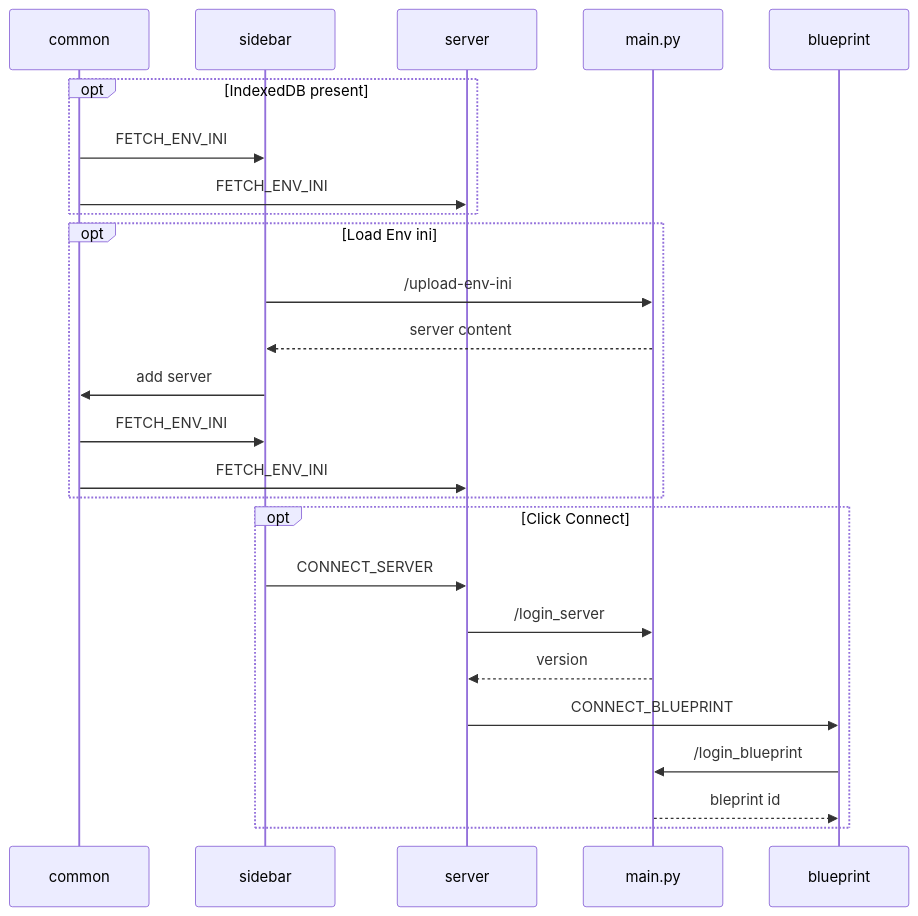
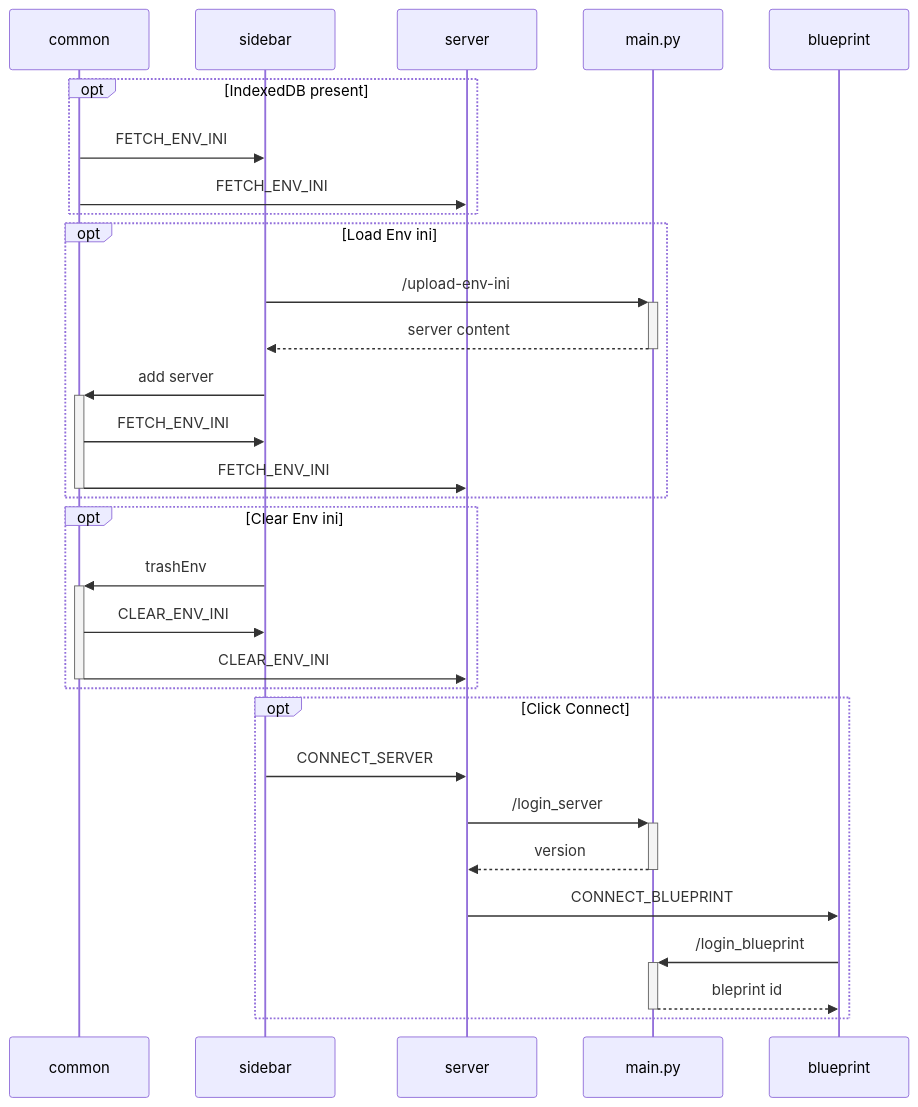
One commit to kimcharli/bp-consolidation-web changed the diagram in README-sequences.md. Above: the diagram before and after it, drawn with Mermaid. The commit also changed 6 other files, not shown here.

````diff
--- a/README-sequences.md
+++ b/README-sequences.md
@@ -1,24 +1,29 @@
 ```mermaid
 sequenceDiagram
 
     opt IndexedDB present   
         common ->> sidebar: FETCH_ENV_INI
         common ->> server: FETCH_ENV_INI
     end
     opt Load Env ini
-        sidebar ->> main.py: /upload-env-ini
-        main.py -->> sidebar: server content
-        sidebar ->> common: add server
+        sidebar ->> +main.py: /upload-env-ini
+        main.py -->> -sidebar: server content
+        sidebar ->> +common: add server
         common ->> sidebar: FETCH_ENV_INI
-        common ->> server: FETCH_ENV_INI
+        common ->> -server: FETCH_ENV_INI
+    end
+    opt Clear Env ini
+        sidebar ->> +common: trashEnv
+        common ->> sidebar: CLEAR_ENV_INI
+        common ->> -server: CLEAR_ENV_INI
     end
     opt Click Connect
         sidebar ->> server: CONNECT_SERVER
-        server ->> main.py: /login_server
-        main.py -->> server: version
+        server ->> +main.py: /login_server
+        main.py -->> -server: version
         server ->> blueprint: CONNECT_BLUEPRINT
-        blueprint ->> main.py: /login_blueprint
-        main.py -->> blueprint: bleprint id
+        blueprint ->> +main.py: /login_blueprint
+        main.py -->> -blueprint: bleprint id
     end
 
 ```
````
